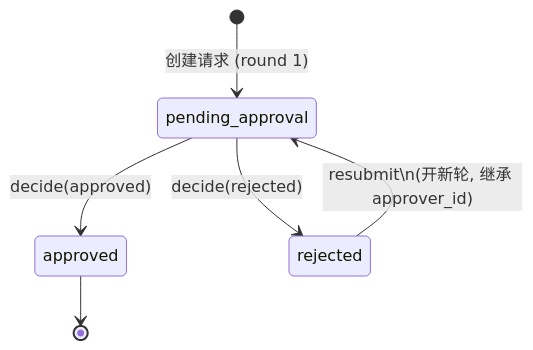
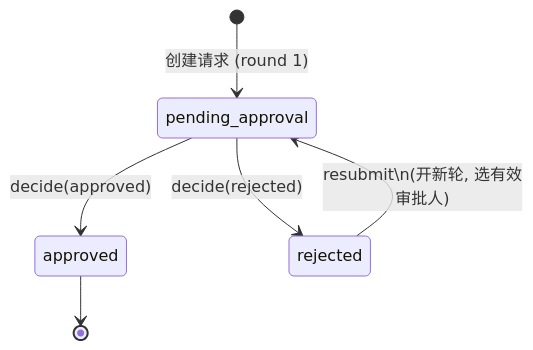
One commit to wangminle/prd-draft-review-workflow-v1 changed the second of 4 diagrams in docs/collaboration-review.md. Above: the diagram before and after it, drawn with Mermaid. The commit also changed other lines of this file and 88 other files, not shown here.

````diff
--- a/docs/collaboration-review.md
+++ b/docs/collaboration-review.md
@@ -135,8 +139,8 @@
 ```mermaid
 stateDiagram-v2
     [*] --> pending_approval : 创建请求 (round 1)
     pending_approval --> approved : decide(approved)
     pending_approval --> rejected : decide(rejected)
-    rejected --> pending_approval : resubmit\n(开新轮, 继承 approver_id)
+    rejected --> pending_approval : resubmit\n(开新轮, 选有效审批人)
     approved --> [*]
 ```
````
